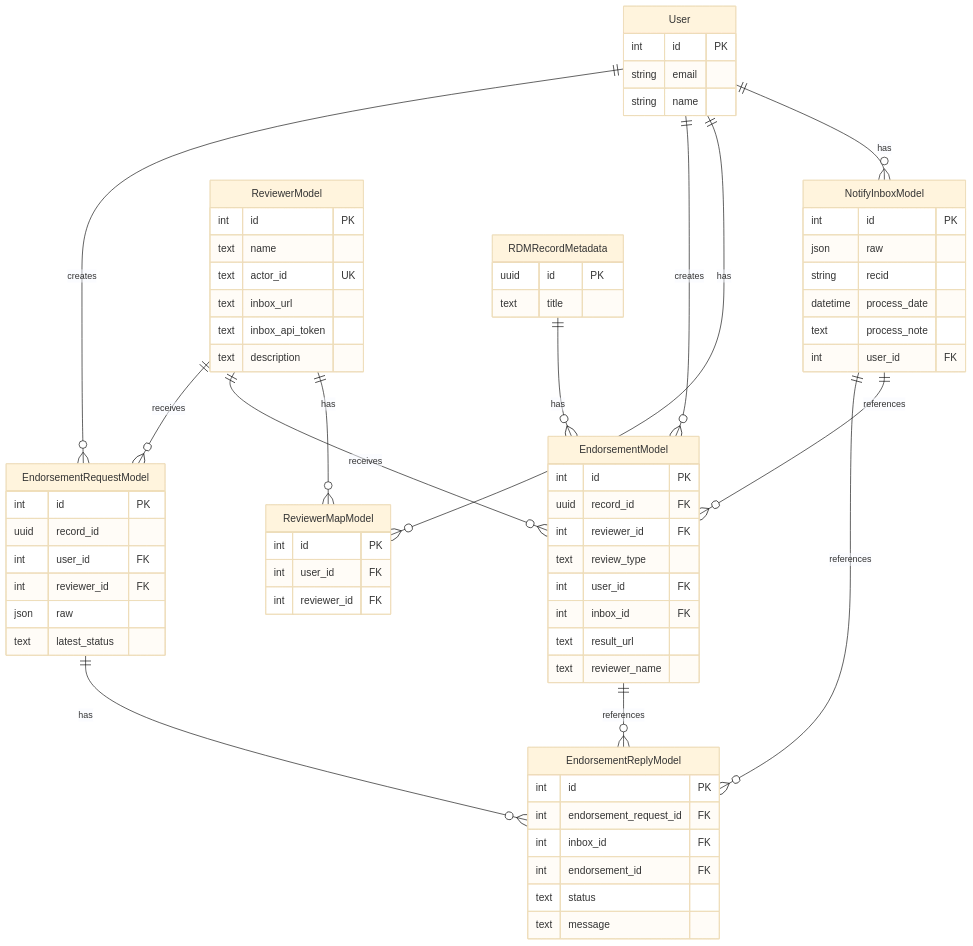
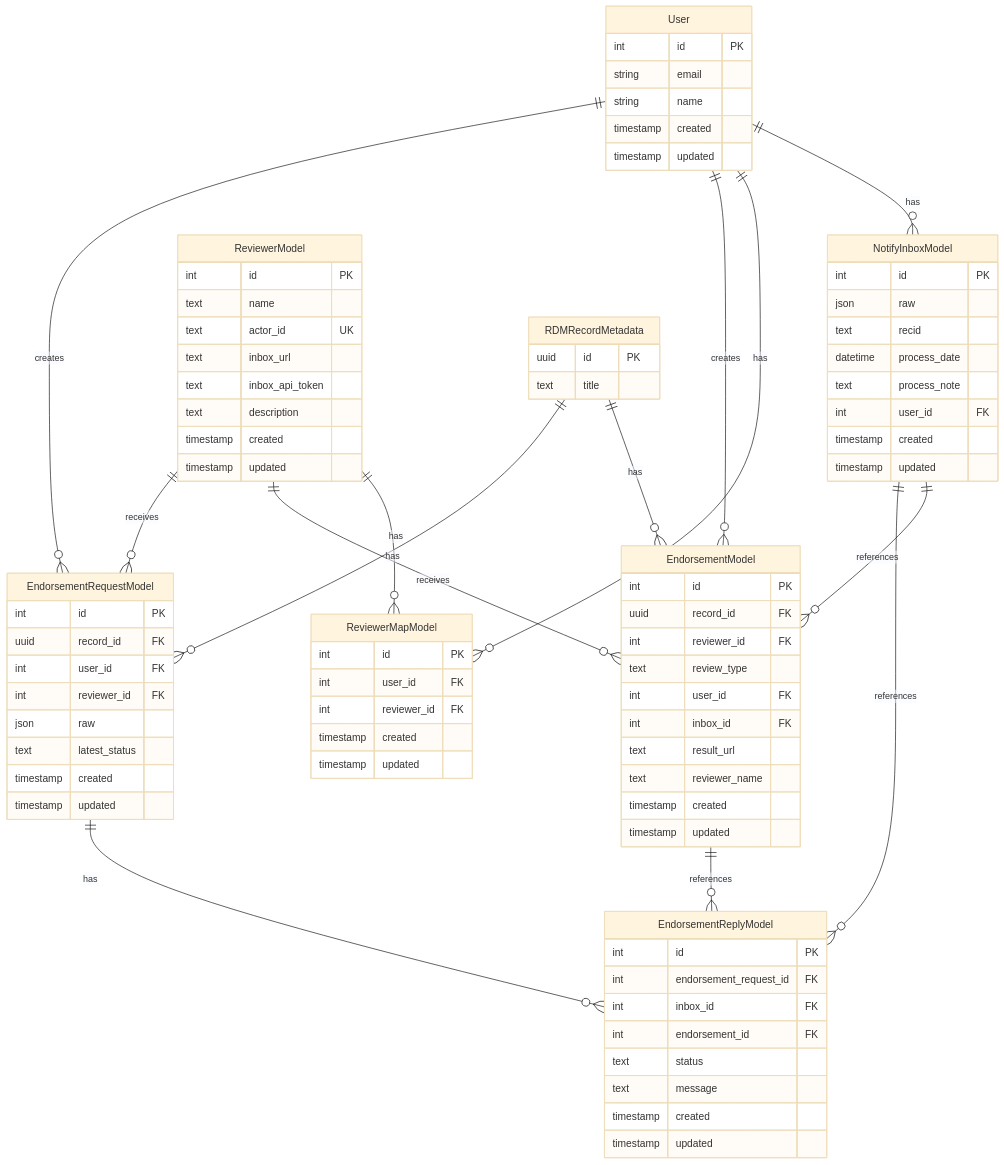
Before and after one commit to CottageLabs/invenio-notify: the diagram in docs/diagram/db.mmd, drawn with Mermaid (base theme). The commit also changed 1 other file, not shown here.

Commit message:
enhance database schema with timestamps and foreign key adjustments

```diff
--- a/docs/diagram/db.mmd
+++ b/docs/diagram/db.mmd
@@ -1,83 +1,98 @@
 %% sources of file: invenio_notify/records/models.py
 
 erDiagram
     User ||--o{ NotifyInboxModel : has
     User ||--o{ ReviewerMapModel : has
     User ||--o{ EndorsementModel : creates
     User ||--o{ EndorsementRequestModel : creates
     
     ReviewerModel ||--o{ ReviewerMapModel : has
     ReviewerModel ||--o{ EndorsementModel : receives
     ReviewerModel ||--o{ EndorsementRequestModel : receives
     
     RDMRecordMetadata ||--o{ EndorsementModel : has
+    RDMRecordMetadata ||--o{ EndorsementRequestModel : has
     
     NotifyInboxModel ||--o{ EndorsementModel : references
     NotifyInboxModel ||--o{ EndorsementReplyModel : references
     
     EndorsementRequestModel ||--o{ EndorsementReplyModel : has
     EndorsementModel ||--o{ EndorsementReplyModel : references
     
     User {
         int id PK
         string email
         string name
+        timestamp created
+        timestamp updated
     }
     
     NotifyInboxModel {
         int id PK
         json raw
-        string recid
+        text recid
         datetime process_date
         text process_note
         int user_id FK
+        timestamp created
+        timestamp updated
     }
     
     ReviewerMapModel {
         int id PK
         int user_id FK
         int reviewer_id FK
+        timestamp created
+        timestamp updated
     }
     
     ReviewerModel {
         int id PK
         text name
         text actor_id UK
         text inbox_url
         text inbox_api_token
         text description
+        timestamp created
+        timestamp updated
     }
     
     EndorsementModel {
         int id PK
         uuid record_id FK
         int reviewer_id FK
         text review_type
         int user_id FK
         int inbox_id FK
         text result_url
         text reviewer_name
+        timestamp created
+        timestamp updated
     }
     
     EndorsementRequestModel {
         int id PK
-        uuid record_id
+        uuid record_id FK
         int user_id FK
         int reviewer_id FK
         json raw
         text latest_status
+        timestamp created
+        timestamp updated
     }
     
     EndorsementReplyModel {
         int id PK
         int endorsement_request_id FK
         int inbox_id FK
         int endorsement_id FK
         text status
         text message
+        timestamp created
+        timestamp updated
     }
     
     RDMRecordMetadata {
         uuid id PK
         text title
     }
```
